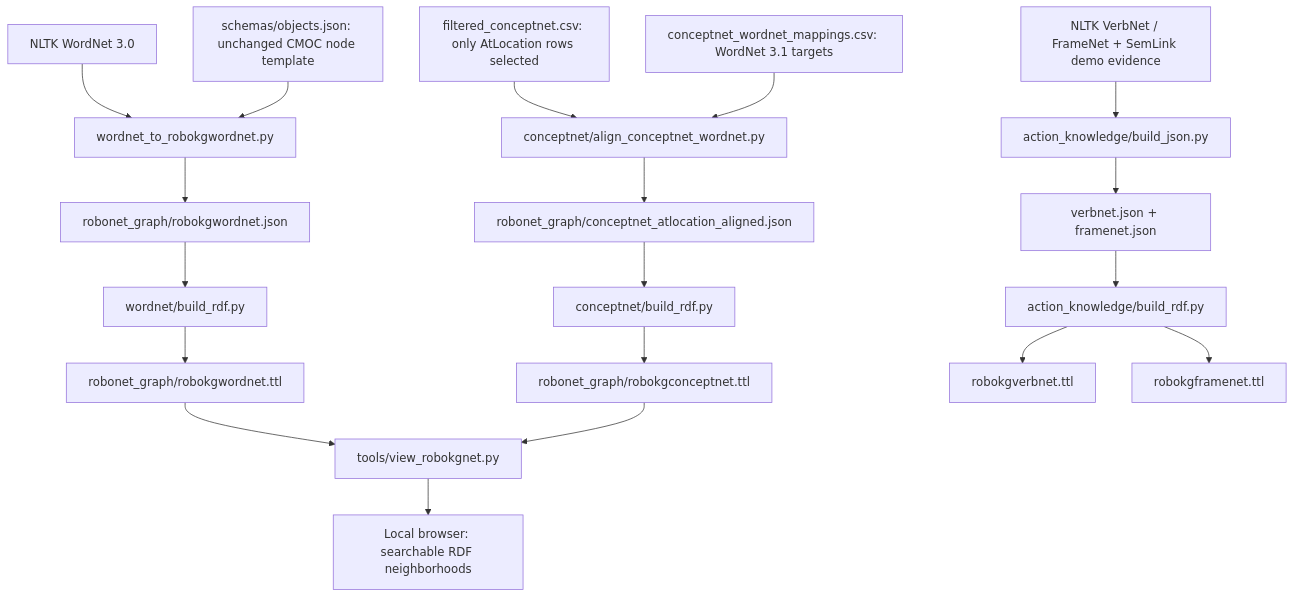
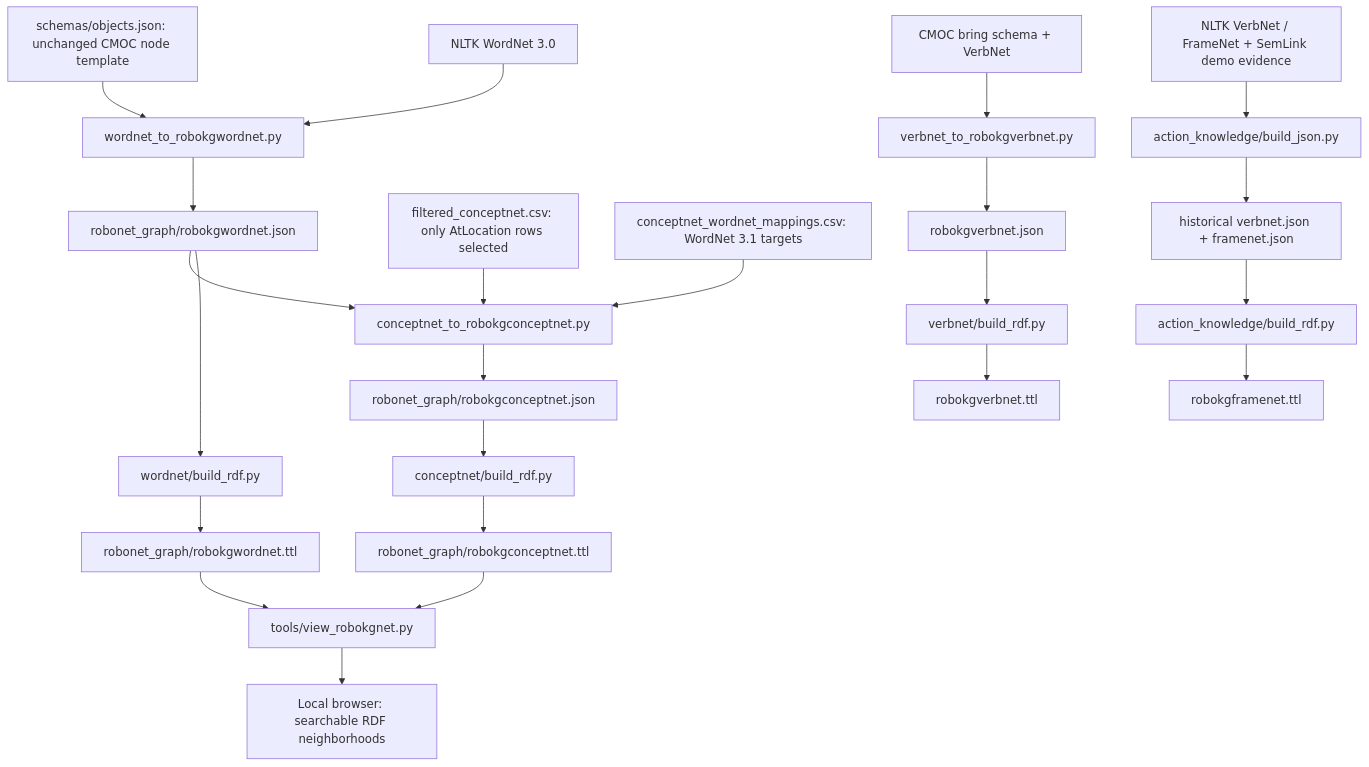
The diagram in STATUS.md (Dorteel/robokgnet), drawn with Mermaid before and after one commit. The commit also changed other lines of this file and 30 other files, not shown here.

````diff
--- a/STATUS.md
+++ b/STATUS.md
@@ -9,21 +9,25 @@
 ```mermaid
 flowchart TD
   N[NLTK WordNet 3.0] --> W[wordnet_to_robokgwordnet.py]
   B[schemas/objects.json: unchanged CMOC node template] --> W
   W --> J[robonet_graph/robokgwordnet.json]
   J --> R[wordnet/build_rdf.py]
   R --> T[robonet_graph/robokgwordnet.ttl]
-  C[filtered_conceptnet.csv: only AtLocation rows selected] --> A[conceptnet/align_conceptnet_wordnet.py]
+  C[filtered_conceptnet.csv: only AtLocation rows selected] --> A[conceptnet_to_robokgconceptnet.py]
   M[conceptnet_wordnet_mappings.csv: WordNet 3.1 targets] --> A
-  A --> AJ[robonet_graph/conceptnet_atlocation_aligned.json]
+  J --> A
+  A --> AJ[robonet_graph/robokgconceptnet.json]
   AJ --> AR[conceptnet/build_rdf.py]
   AR --> AT[robonet_graph/robokgconceptnet.ttl]
   T --> V[tools/view_robokgnet.py]
   AT --> V
   AC[NLTK VerbNet / FrameNet + SemLink demo evidence] --> AB[action_knowledge/build_json.py]
-  AB --> AV[verbnet.json + framenet.json]
+  AB --> AV[historical verbnet.json + framenet.json]
   AV --> ARDF[action_knowledge/build_rdf.py]
-  ARDF --> VT[robokgverbnet.ttl]
+  VS[CMOC bring schema + VerbNet] --> VB[verbnet_to_robokgverbnet.py]
+  VB --> VJ[robokgverbnet.json]
+  VJ --> VR[verbnet/build_rdf.py]
+  VR --> VT[robokgverbnet.ttl]
   ARDF --> FT[robokgframenet.ttl]
   V --> UI[Local browser: searchable RDF neighborhoods]
 ```
````
